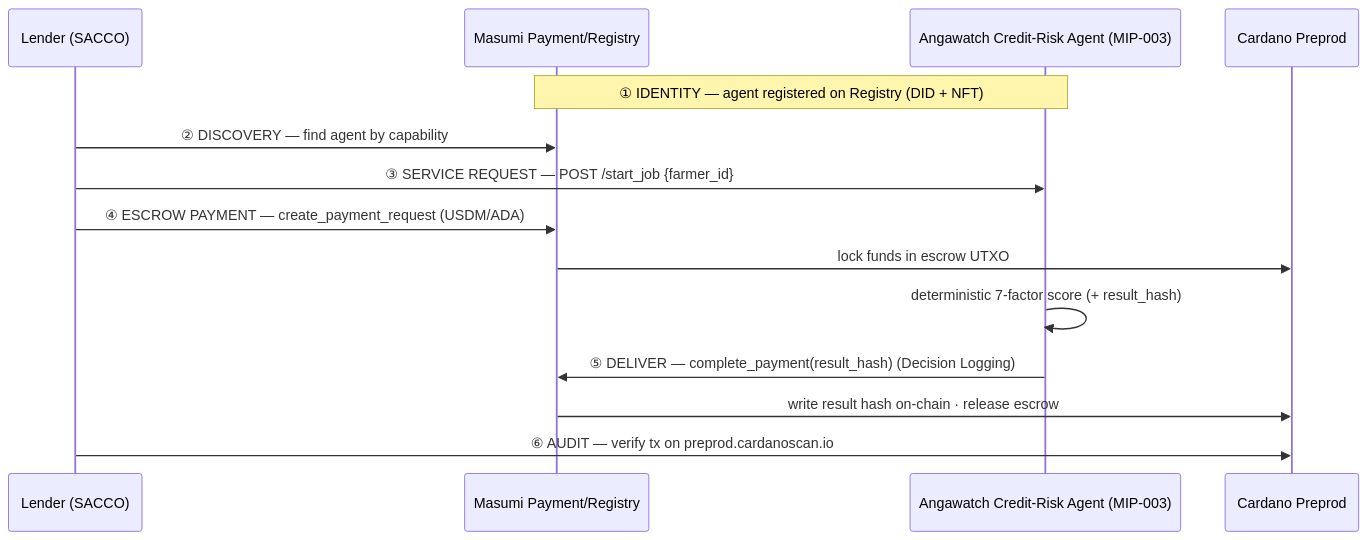
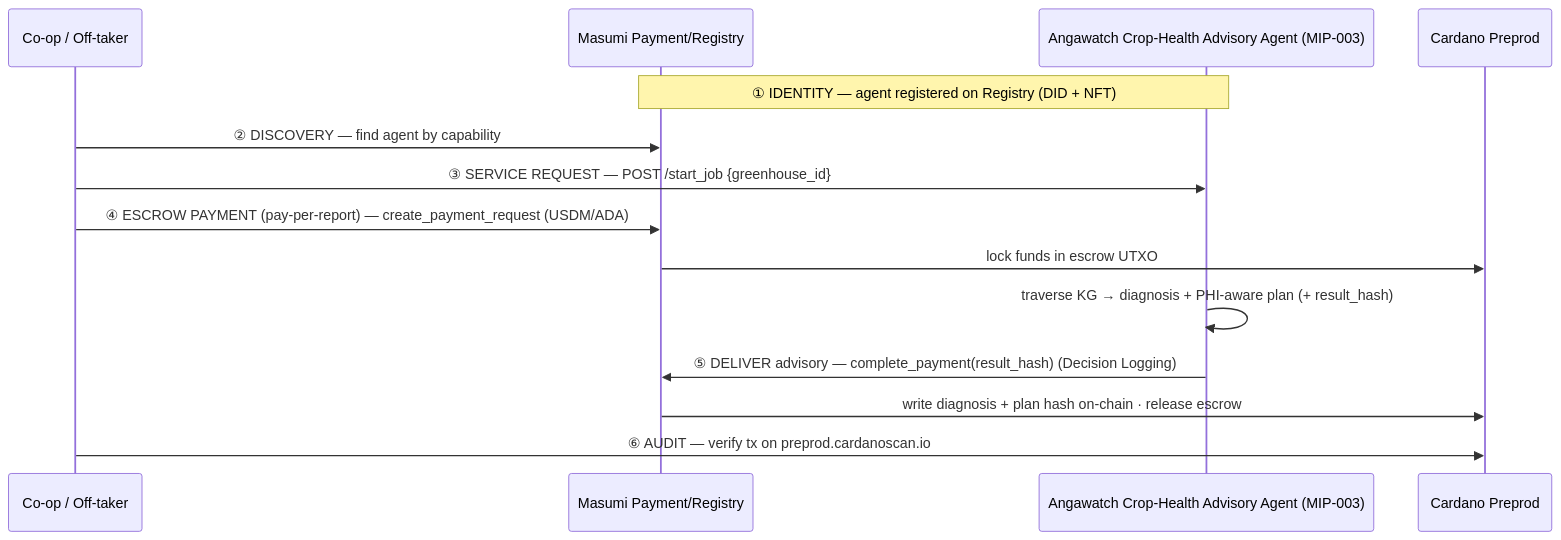
One commit to NguituiRyan/angawatchkenyaai changed the second of 2 diagrams in docs/architecture.md. Above: the diagram before and after it, drawn with Mermaid. The commit also changed other lines of this file and 8 other files, not shown here.

````diff
--- a/docs/architecture.md
+++ b/docs/architecture.md
@@ -44,17 +53,17 @@
 ```mermaid
 sequenceDiagram
-    participant L as Lender (SACCO)
+    participant L as Co-op / Off-taker
     participant M as Masumi Payment/Registry
-    participant A as Angawatch Credit-Risk Agent (MIP-003)
+    participant A as Angawatch Crop-Health Advisory Agent (MIP-003)
     participant C as Cardano Preprod
 
     Note over A,M: ① IDENTITY — agent registered on Registry (DID + NFT)
     L->>M: ② DISCOVERY — find agent by capability
-    L->>A: ③ SERVICE REQUEST — POST /start_job {farmer_id}
-    L->>M: ④ ESCROW PAYMENT — create_payment_request (USDM/ADA)
+    L->>A: ③ SERVICE REQUEST — POST /start_job {greenhouse_id}
+    L->>M: ④ ESCROW PAYMENT (pay-per-report) — create_payment_request (USDM/ADA)
     M->>C: lock funds in escrow UTXO
-    A->>A: deterministic 7-factor score (+ result_hash)
-    A->>M: ⑤ DELIVER — complete_payment(result_hash)  (Decision Logging)
-    M->>C: write result hash on-chain · release escrow
+    A->>A: traverse KG → diagnosis + PHI-aware plan (+ result_hash)
+    A->>M: ⑤ DELIVER advisory — complete_payment(result_hash)  (Decision Logging)
+    M->>C: write diagnosis + plan hash on-chain · release escrow
     L->>C: ⑥ AUDIT — verify tx on preprod.cardanoscan.io
 ```
````
